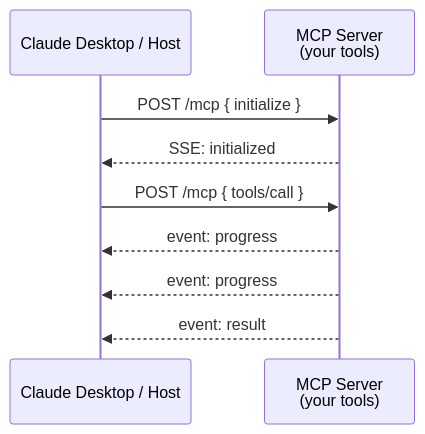
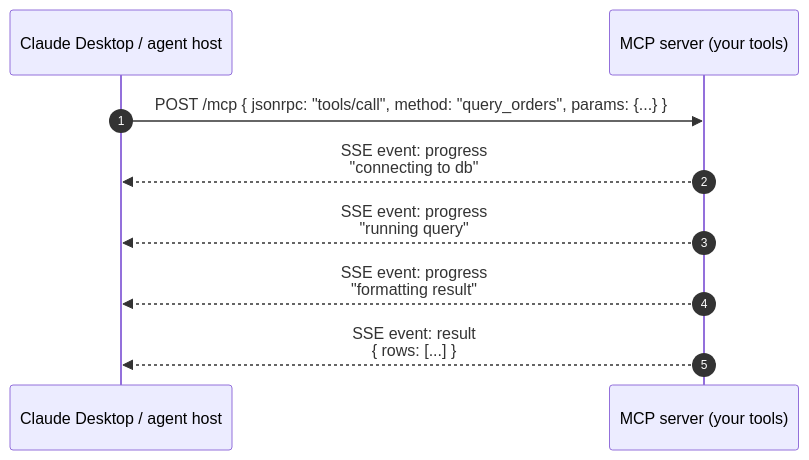
The seventh of 8 diagrams in concepts/07_ai_agents_mcp.md (fnusatvik07/real-time-events), drawn with Mermaid before and after one commit. The commit also changed other lines of this file and 7 other files, not shown here.

````diff
--- a/concepts/07_ai_agents_mcp.md
+++ b/concepts/07_ai_agents_mcp.md
@@ -180,11 +291,11 @@
 ```mermaid
 sequenceDiagram
-    participant H as Claude Desktop / Host
-    participant S as MCP Server<br/>(your tools)
-    H->>S: POST /mcp { initialize }
-    S-->>H: SSE: initialized
-    H->>S: POST /mcp { tools/call }
-    S-->>H: event: progress
-    S-->>H: event: progress
-    S-->>H: event: result
+    autonumber
+    participant H as Claude Desktop / agent host
+    participant S as MCP server (your tools)
+    H->>S: POST /mcp { jsonrpc: "tools/call", method: "query_orders", params: {...} }
+    S-->>H: SSE event: progress<br/>"connecting to db"
+    S-->>H: SSE event: progress<br/>"running query"
+    S-->>H: SSE event: progress<br/>"formatting result"
+    S-->>H: SSE event: result<br/>{ rows: [...] }
 ```
````
